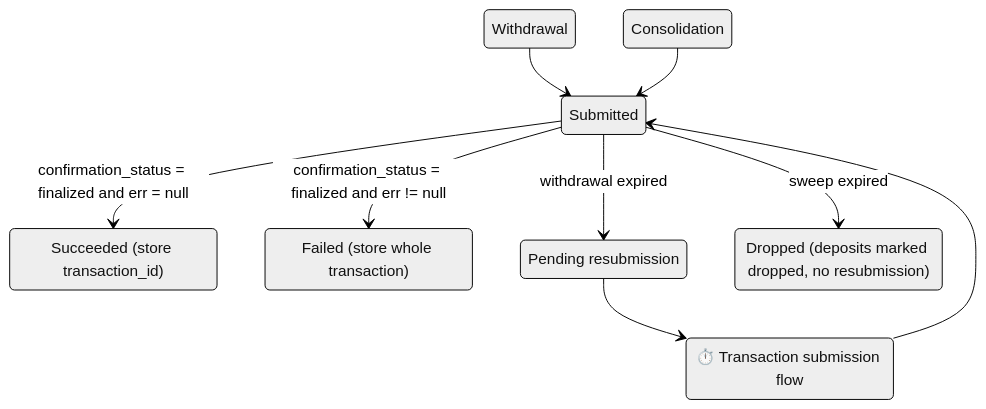
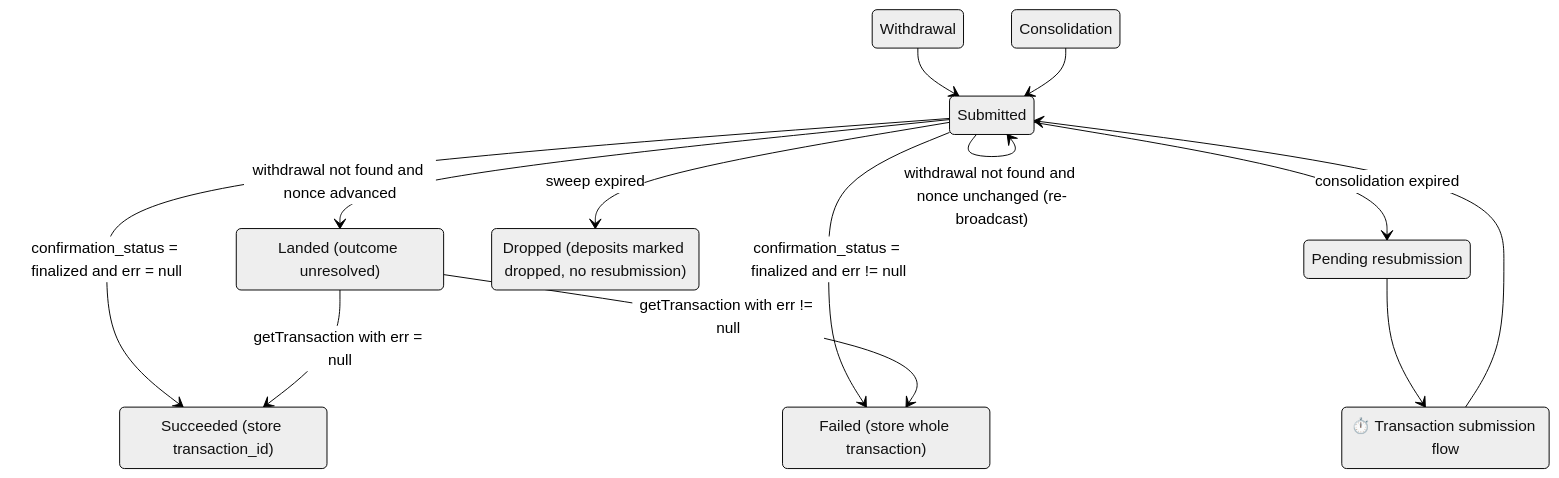
The eighth of 8 diagrams in docs/design.md (dfinity/cksol), drawn with Mermaid (neutral theme) before and after one commit. The commit also changed other lines of this file, not shown here.

Commit message:
docs: use a pool of durable nonce accounts for withdrawals

````diff
--- a/docs/design.md
+++ b/docs/design.md
@@ -495,17 +551,22 @@
 ```mermaid
 stateDiagram-v2
     Withdrawal --> Submitted
     Consolidation --> Submitted
     Submission --> Submitted
     Submitted --> Succeeded: confirmation_status = finalized and err = null
     Submitted --> Failed: confirmation_status = finalized and err != null
-    Submitted --> PendingResubmission: withdrawal expired
+    Submitted --> Submitted: withdrawal not found and nonce unchanged (re-broadcast)
+    Submitted --> Landed: withdrawal not found and nonce advanced
+    Landed --> Succeeded: getTransaction with err = null
+    Landed --> Failed: getTransaction with err != null
+    Submitted --> PendingResubmission: consolidation expired
     Submitted --> Dropped: sweep expired
     PendingResubmission --> Submission
 
     Submission: ⏱️ Transaction submission flow
     Succeeded: Succeeded (store transaction_id)
     Failed: Failed (store whole transaction)
+    Landed: Landed (outcome unresolved)
     PendingResubmission: Pending resubmission
     Dropped: Dropped (deposits marked dropped, no resubmission)
 ```
````
